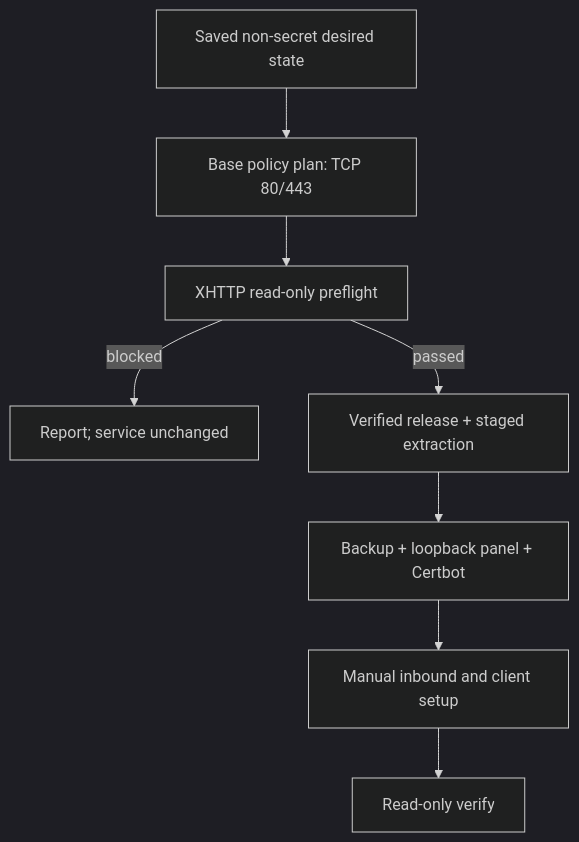
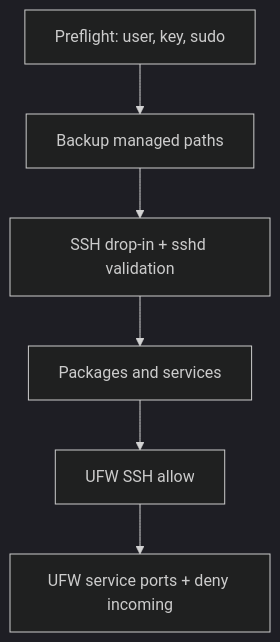
Before and after one commit to v1waa/bastionctl-vi: the third of 3 diagrams in docs/ARCHITECTURE.md, drawn with Mermaid (dark theme). The commit also changed other lines of this file and 39 other files, not shown here.

````diff
--- a/docs/ARCHITECTURE.md
+++ b/docs/ARCHITECTURE.md
@@ -48,10 +110,8 @@
 ```mermaid
 flowchart TD
-    A[Saved non-secret desired state] --> B[Base policy plan: TCP 80/443]
-    B --> C[XHTTP read-only preflight]
-    C -->|blocked| D[Report; service unchanged]
-    C -->|passed| E[Verified release + staged extraction]
-    E --> F[Backup + loopback panel + Certbot]
-    F --> G[Manual inbound and client setup]
-    G --> H[Read-only verify]
+    A["Preflight: user, key, sudo"] --> B["Backup managed paths"]
+    B --> C["SSH drop-in + sshd validation"]
+    C --> D["Packages and services"]
+    D --> E["UFW SSH allow"]
+    E --> F["UFW service ports + deny incoming"]
 ```
````
